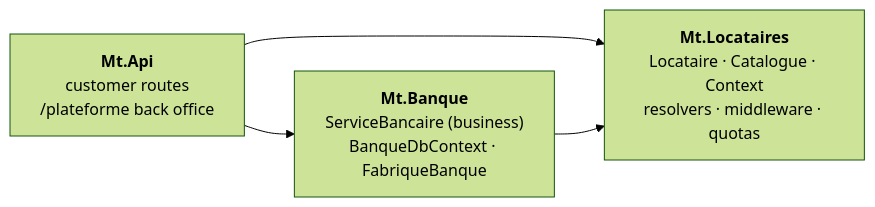
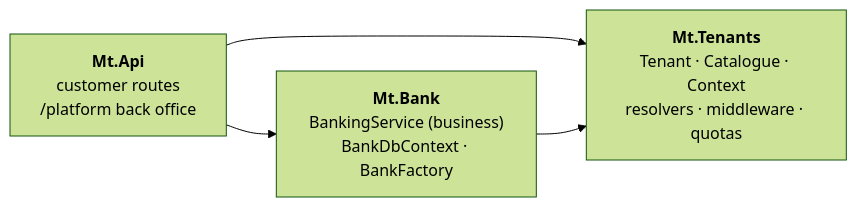
One commit to drangoht/ArchitecturesDemo changed the second of 5 diagrams in Docs/en/15-multi-tenant.md. Above: the diagram before and after it, drawn with Mermaid (forest theme). The commit also changed other lines of this file and 78 other files, not shown here.

First line of the commit message:
Docs EN : identifiants, liens, diagrammes et sorties alignés sur le code anglais

````diff
--- a/Docs/en/15-multi-tenant.md
+++ b/Docs/en/15-multi-tenant.md
@@ -70,6 +69,6 @@
 ```mermaid
 flowchart LR
-    API["<b>Mt.Api</b><br/>customer routes<br/>/plateforme back office"] --> BQ["<b>Mt.Banque</b><br/>ServiceBancaire (business)<br/>BanqueDbContext · FabriqueBanque"]
+    API["<b>Mt.Api</b><br/>customer routes<br/>/platform back office"] --> BQ["<b>Mt.Bank</b><br/>BankingService (business)<br/>BankDbContext · BankFactory"]
     API --> LOC
-    BQ --> LOC["<b>Mt.Locataires</b><br/>Locataire · Catalogue · Context<br/>resolvers · middleware · quotas"]
+    BQ --> LOC["<b>Mt.Tenants</b><br/>Tenant · Catalogue · Context<br/>resolvers · middleware · quotas"]
 ```
````
